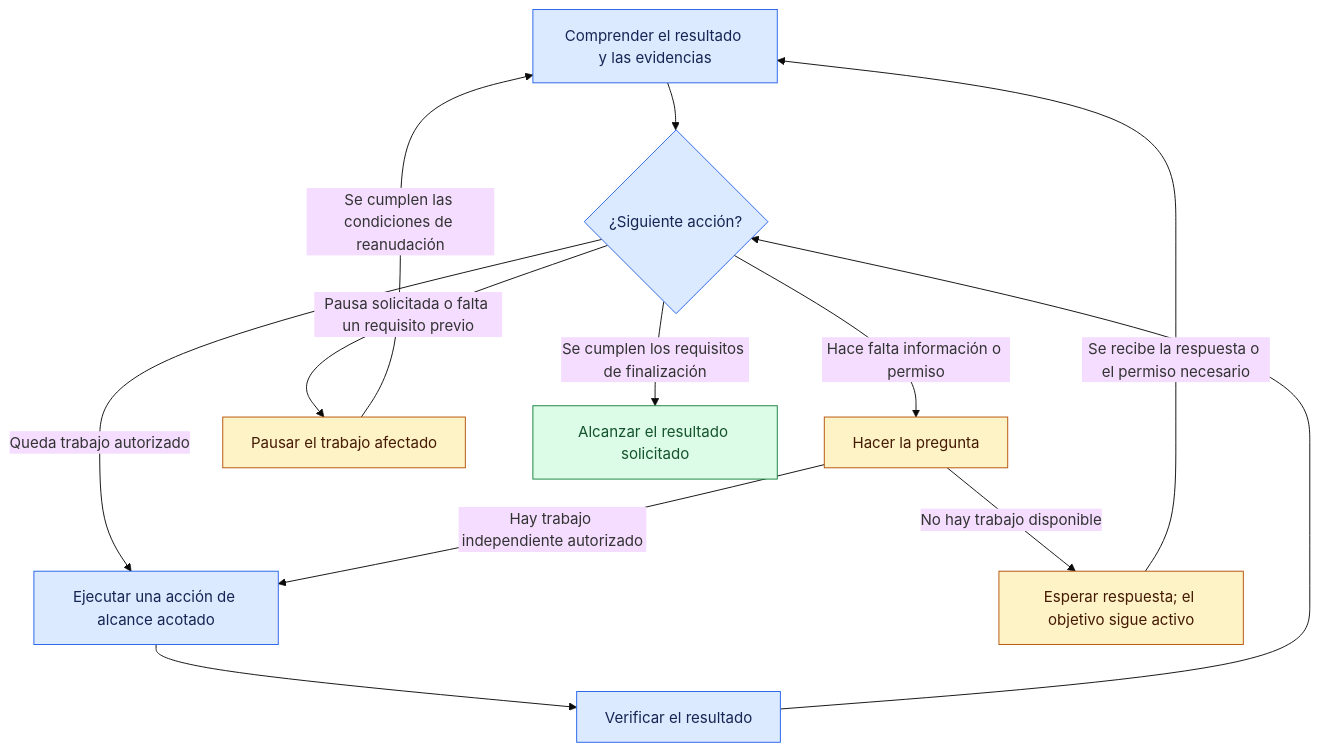
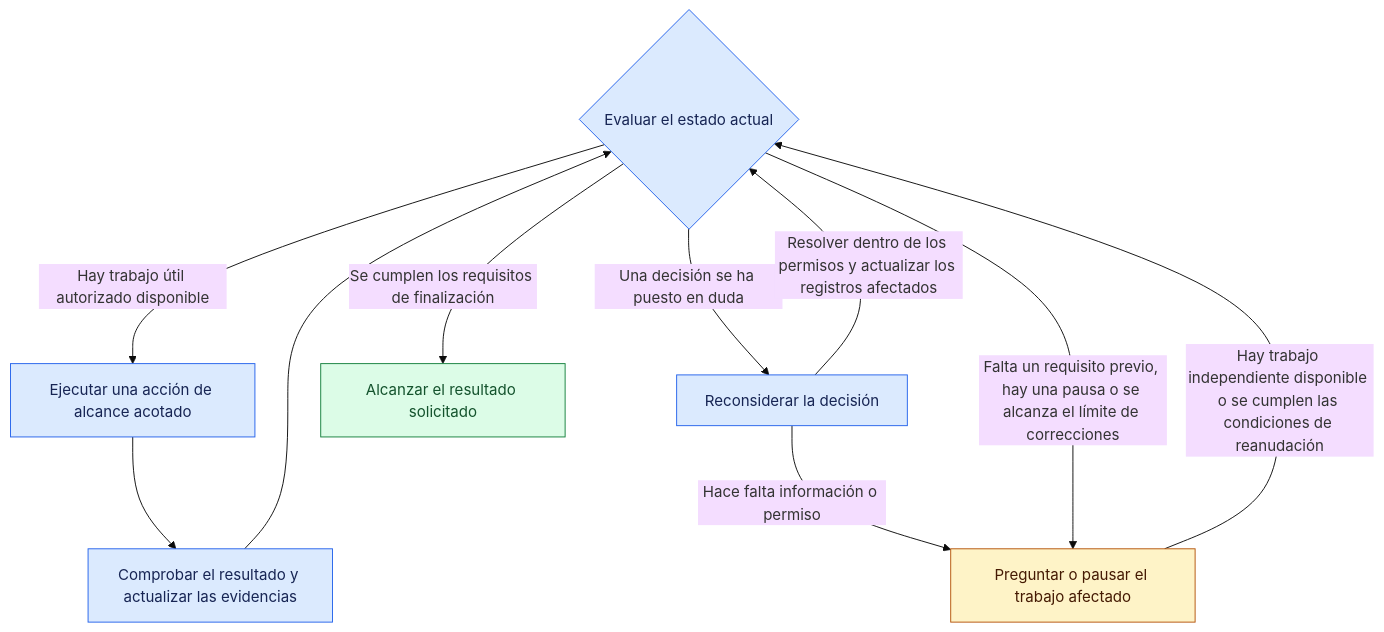
The diagram in README.es.md (Lusona/ai-skills), drawn with Mermaid (base theme) before and after one commit. The commit also changed other lines of this file and 6 other files, not shown here.

````diff
--- a/README.es.md
+++ b/README.es.md
@@ -193,21 +183,20 @@
 ```mermaid
 flowchart TD
-    Understand[Comprender el resultado y las evidencias] --> Assess{¿Siguiente acción?}
-    Assess -->|Queda trabajo autorizado| Act[Ejecutar una acción de alcance acotado]
-    Act --> Check[Verificar el resultado]
+    Assess{Evaluar el estado actual}
+    Assess -->|Hay trabajo útil autorizado disponible| Act[Ejecutar una acción de alcance acotado]
+    Act --> Check[Comprobar el resultado y actualizar las evidencias]
     Check --> Assess
-    Assess -->|Hace falta información o permiso| Ask[Hacer la pregunta]
-    Ask -->|Hay trabajo independiente autorizado| Act
-    Ask -->|No hay trabajo disponible| Wait[Esperar respuesta; el objetivo sigue activo]
-    Wait -->|Se recibe la respuesta o el permiso necesario| Understand
-    Assess -->|Pausa solicitada o falta un requisito previo| Pause[Pausar el trabajo afectado]
-    Pause -->|Se cumplen las condiciones de reanudación| Understand
+    Assess -->|Una decisión se ha puesto en duda| Revise[Reconsiderar la decisión]
+    Revise -->|Resolver dentro de los permisos y actualizar los registros afectados| Assess
+    Revise -->|Hace falta información o permiso| Blocked[Preguntar o pausar el trabajo afectado]
+    Assess -->|Falta un requisito previo, hay una pausa o se alcanza el límite de correcciones| Blocked
+    Blocked -->|Hay trabajo independiente disponible o se cumplen las condiciones de reanudación| Assess
     Assess -->|Se cumplen los requisitos de finalización| Done[Alcanzar el resultado solicitado]
 
     classDef work fill:#dbeafe,stroke:#2563eb,color:#172554
     classDef input fill:#fef3c7,stroke:#b45309,color:#451a03
     classDef complete fill:#dcfce7,stroke:#15803d,color:#14532d
-    class Understand,Assess,Act,Check work
-    class Ask,Wait,Pause input
+    class Assess,Act,Check,Revise work
+    class Blocked input
     class Done complete
 ```
````
